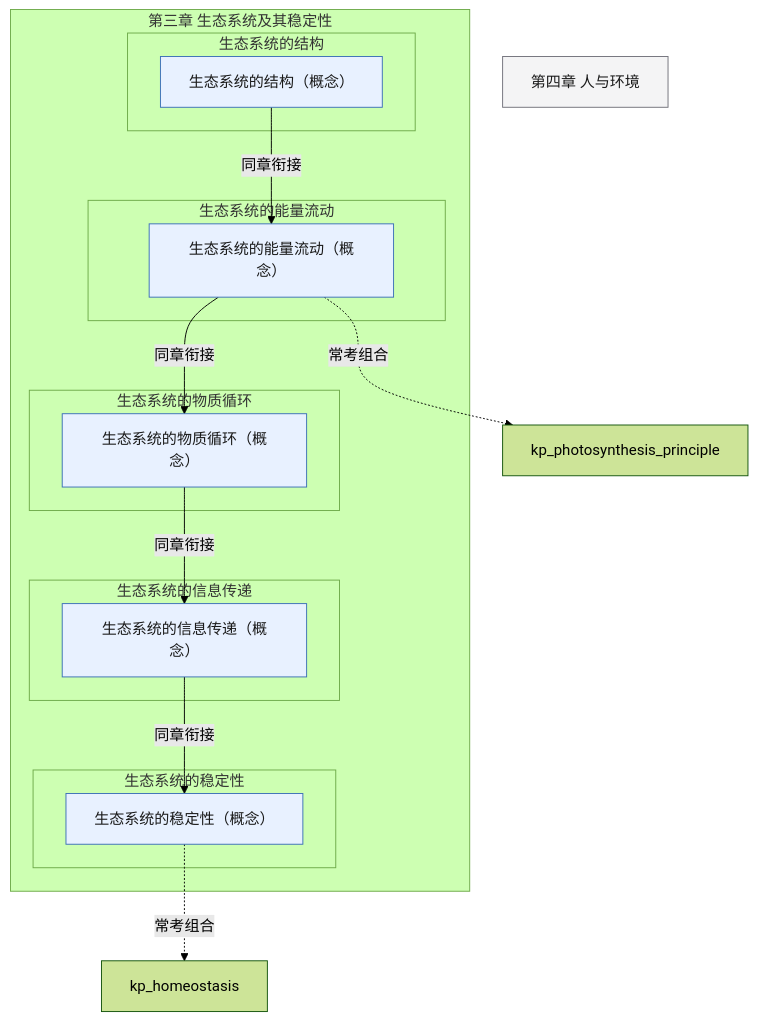
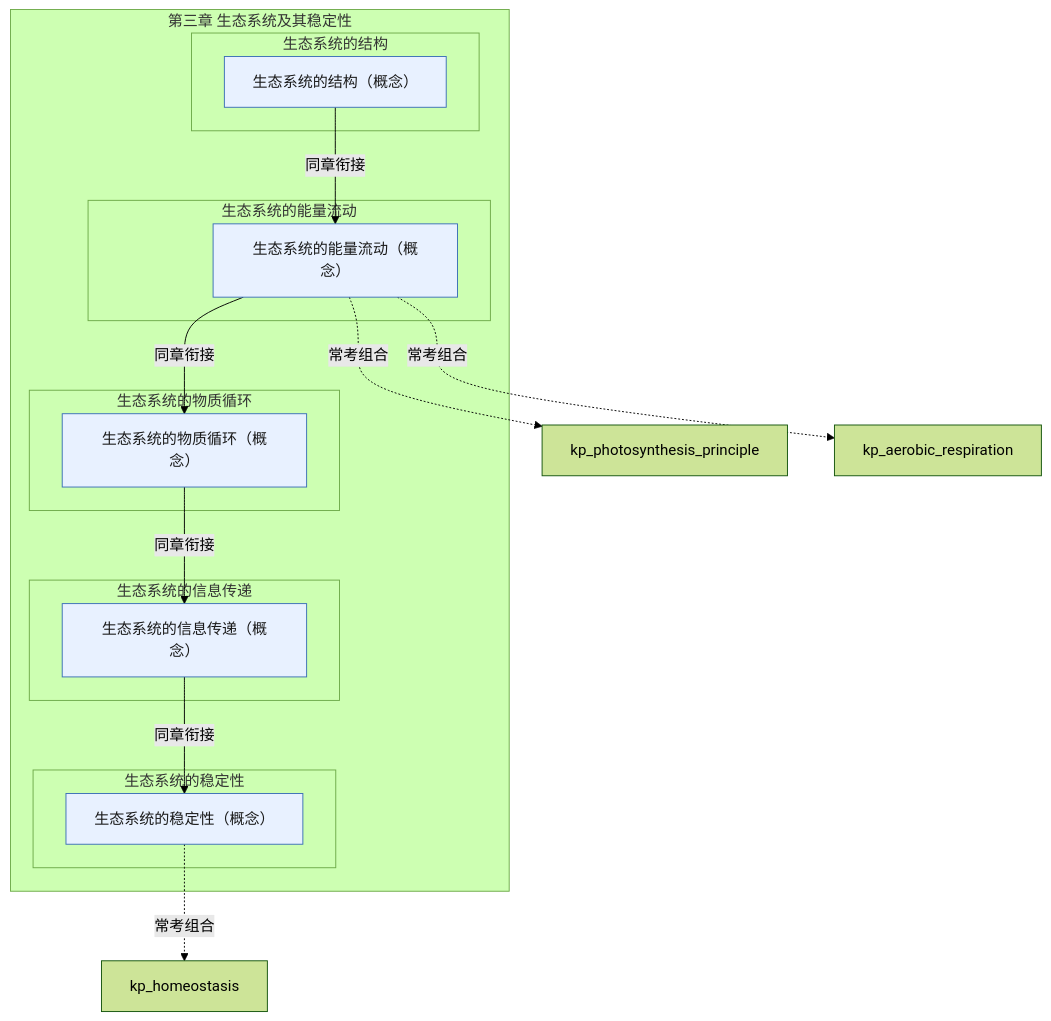
The diagram in skills/high-school-ai-tutor/references/pep-bio-xbx2-ch3.md (lihenair/high-school-ai-tutor-skill), drawn with Mermaid (forest theme) before and after one commit. The commit also changed 26 other files, not shown here.

First line of the commit message:
feat(bio): 跨教材知识联系图谱——占位符清退 + 53 条组合边 + 联系图谱文档

````diff
--- a/skills/high-school-ai-tutor/references/pep-bio-xbx2-ch3.md
+++ b/skills/high-school-ai-tutor/references/pep-bio-xbx2-ch3.md
@@ -5,31 +5,31 @@
 ```mermaid
 flowchart TD
   classDef concept fill:#E8F1FF,stroke:#3B6FB6,color:#1A1A1A
   classDef skill fill:#E7F6EE,stroke:#2E7D4F,color:#1A1A1A
   classDef experiment fill:#FFF4E5,stroke:#C47B17,color:#1A1A1A
   classDef later fill:#F4F4F5,stroke:#71717A,color:#1A1A1A
   subgraph ch["第三章 生态系统及其稳定性"]
     subgraph s1["生态系统的结构"]
       kp_ecosystem_structure["生态系统的结构（概念）"]:::concept
     end
     subgraph s2["生态系统的能量流动"]
       kp_energy_flow["生态系统的能量流动（概念）"]:::concept
     end
     subgraph s3["生态系统的物质循环"]
       kp_material_cycle["生态系统的物质循环（概念）"]:::concept
     end
     subgraph s4["生态系统的信息传递"]
       kp_information_transfer["生态系统的信息传递（概念）"]:::concept
     end
     subgraph s5["生态系统的稳定性"]
       kp_ecosystem_stability["生态系统的稳定性（概念）"]:::concept
     end
   end
-  xbx2_ch4["第四章 人与环境"]:::later
   kp_ecosystem_structure -->|同章衔接| kp_energy_flow
   kp_energy_flow -->|同章衔接| kp_material_cycle
   kp_material_cycle -->|同章衔接| kp_information_transfer
   kp_information_transfer -->|同章衔接| kp_ecosystem_stability
   kp_energy_flow -.->|常考组合| kp_photosynthesis_principle
   kp_ecosystem_stability -.->|常考组合| kp_homeostasis
+  kp_energy_flow -.->|常考组合| kp_aerobic_respiration
 ```
````
